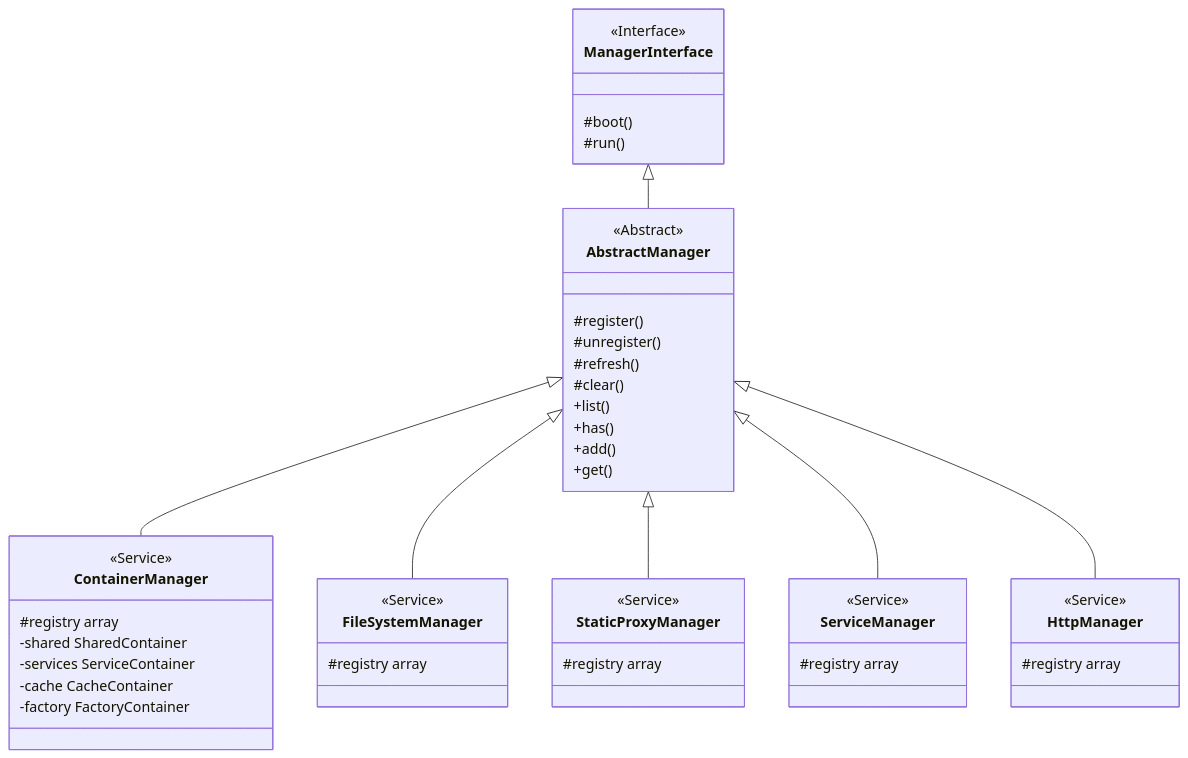
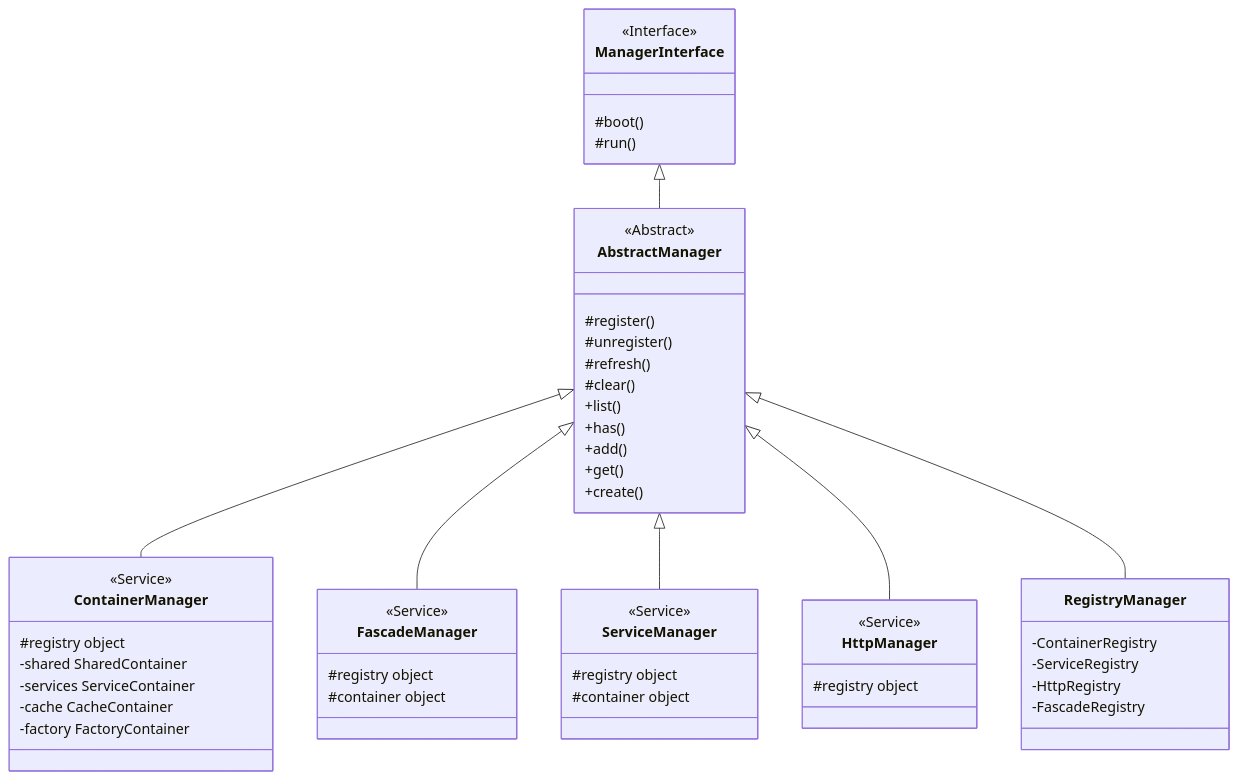
One commit to mnaatjes/sandbox-php changed the fourth of 6 diagrams in docs/features/feature-application.md. Above: the diagram before and after it, drawn with Mermaid. The commit also changed other lines of this file and 2 other files, not shown here.

Commit message:
sequence diagramming

````diff
--- a/docs/features/feature-application.md
+++ b/docs/features/feature-application.md
@@ -407,60 +406,65 @@
 ```mermaid
 classDiagram
   direction TD
   class ManagerInterface {
     <<Interface>>
     #boot()
     #run()
   }
 
   class AbstractManager {
     <<Abstract>>
     #register()
     #unregister()
     #refresh()
     #clear()
     +list()
     +has()
     +add()
     +get()
+    +create()
   }
 
   class ContainerManager {
     <<Service>>
-    #registry array
+    #registry object
     -shared SharedContainer
     -services ServiceContainer
     -cache CacheContainer
     -factory FactoryContainer
   }
 
-  class FileSystemManager {
+  class FascadeManager {
     <<Service>>
-    #registry array
-  }
-
-  class StaticProxyManager {
-    <<Service>>
-    #registry array
+    #registry object
+    #container object
   }
 
   class ServiceManager {
     <<Service>>
-    #registry array
+    #registry object
+    #container object
   }
 
   class HttpManager {
     <<Service>>
-    #registry array
+    #registry object
+  }
+
+  class RegistryManager {
+    -ContainerRegistry
+    -ServiceRegistry
+    -HttpRegistry
+    -FascadeRegistry
   }
 
   %% Relationship: AbstractManager IMPLEMENTS ManagerInterface
   %% Relationship: *Manager EXTENDS AbstractManager
   ManagerInterface <|-- AbstractManager
   AbstractManager <|-- ContainerManager
-  AbstractManager <|-- FileSystemManager
-  AbstractManager <|-- StaticProxyManager
+  AbstractManager <|-- FascadeManager
   AbstractManager <|-- ServiceManager
   AbstractManager <|-- HttpManager
+  AbstractManager <|-- RegistryManager
 
 ```
````
